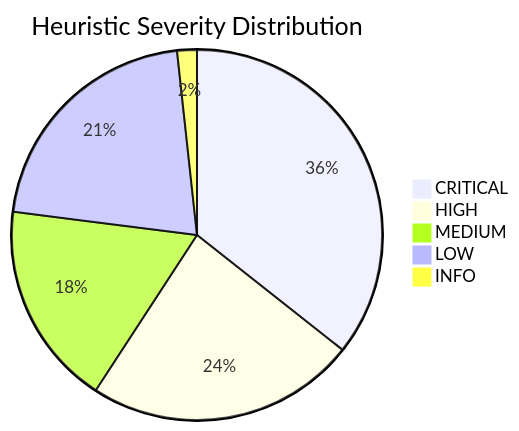
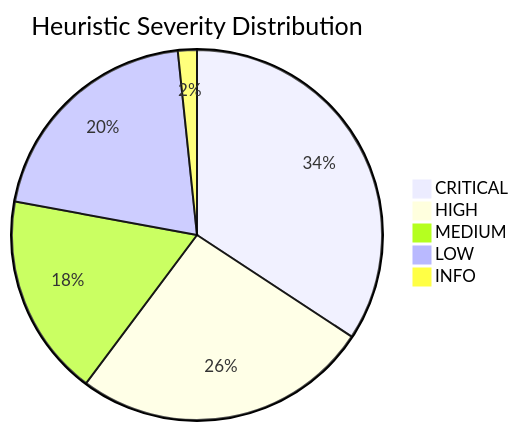
One commit to xsscx/research changed the diagram in call-graph/mermaid/severity.md. Above: the diagram before and after it, drawn with Mermaid. The commit also changed 3 other files, not shown here.

Commit message:
call-graph: regenerate after upstream sync (181 heuristics, 61 patches, 13 fuzzers, 93 CVEs)

````diff
--- a/call-graph/mermaid/severity.md
+++ b/call-graph/mermaid/severity.md
@@ -3,8 +3,8 @@
 ```mermaid
 pie title Heuristic Severity Distribution
     "CRITICAL" : 62
-    "HIGH" : 41
-    "MEDIUM" : 31
+    "HIGH" : 47
+    "MEDIUM" : 32
     "LOW" : 37
     "INFO" : 3
 ```
````
